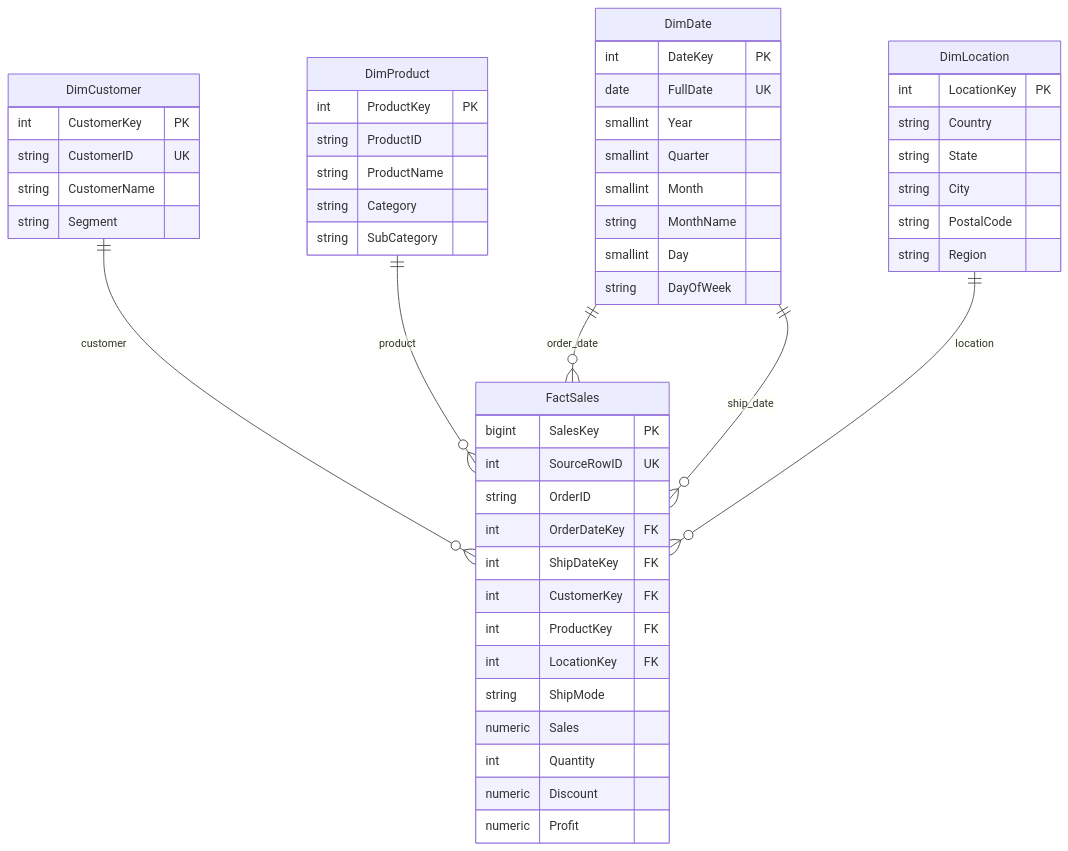
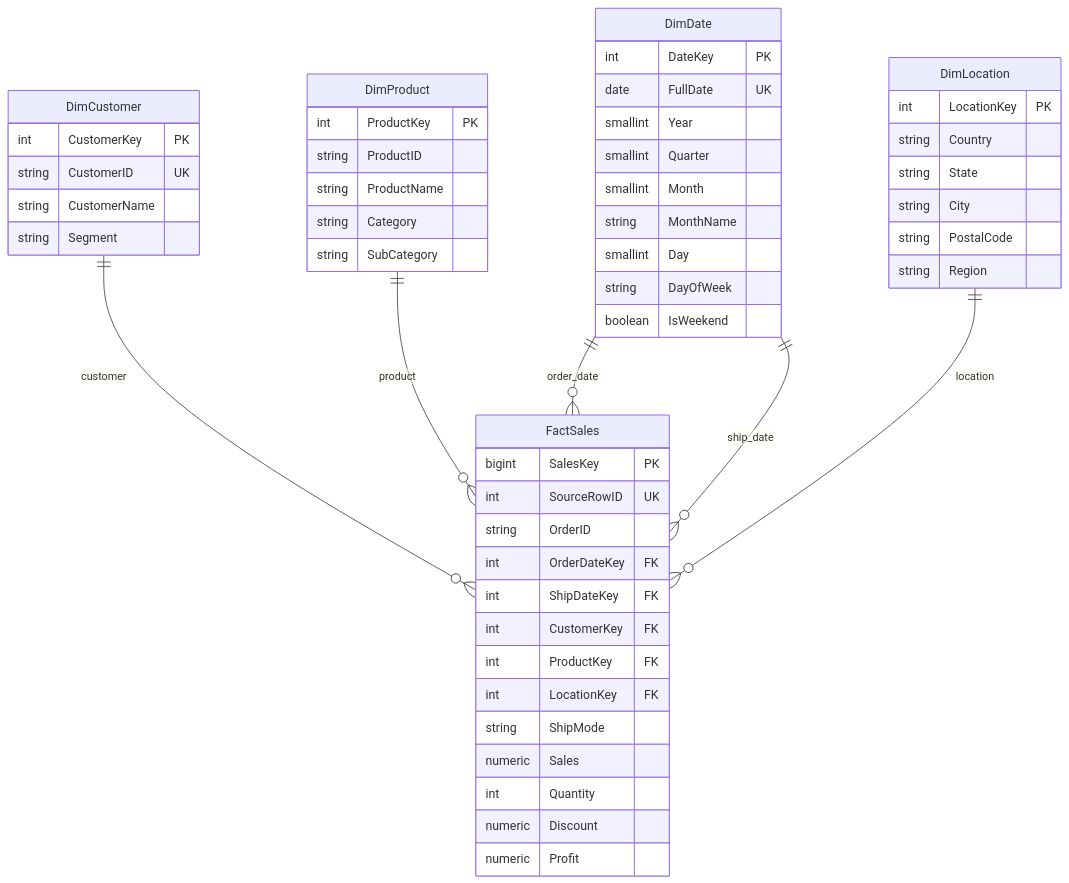
The diagram in docs/star_schema.md (omardiab9951/Central-Superstore-Analytics), drawn with Mermaid before and after one commit. The commit also changed other lines of this file and 11 other files, not shown here.

````diff
--- a/docs/star_schema.md
+++ b/docs/star_schema.md
@@ -112,55 +112,56 @@
 ```mermaid
 erDiagram
     DimCustomer ||--o{ FactSales : customer
     DimProduct ||--o{ FactSales : product
     DimDate ||--o{ FactSales : order_date
     DimDate ||--o{ FactSales : ship_date
     DimLocation ||--o{ FactSales : location
 
     DimCustomer {
         int CustomerKey PK
         string CustomerID UK
         string CustomerName
         string Segment
     }
     DimProduct {
         int ProductKey PK
         string ProductID
         string ProductName
         string Category
         string SubCategory
     }
     DimDate {
         int DateKey PK
         date FullDate UK
         smallint Year
         smallint Quarter
         smallint Month
         string MonthName
         smallint Day
         string DayOfWeek
+        boolean IsWeekend
     }
     DimLocation {
         int LocationKey PK
         string Country
         string State
         string City
         string PostalCode
         string Region
     }
     FactSales {
         bigint SalesKey PK
         int SourceRowID UK
         string OrderID
         int OrderDateKey FK
         int ShipDateKey FK
         int CustomerKey FK
         int ProductKey FK
         int LocationKey FK
         string ShipMode
         numeric Sales
         int Quantity
         numeric Discount
         numeric Profit
     }
 ```
````
